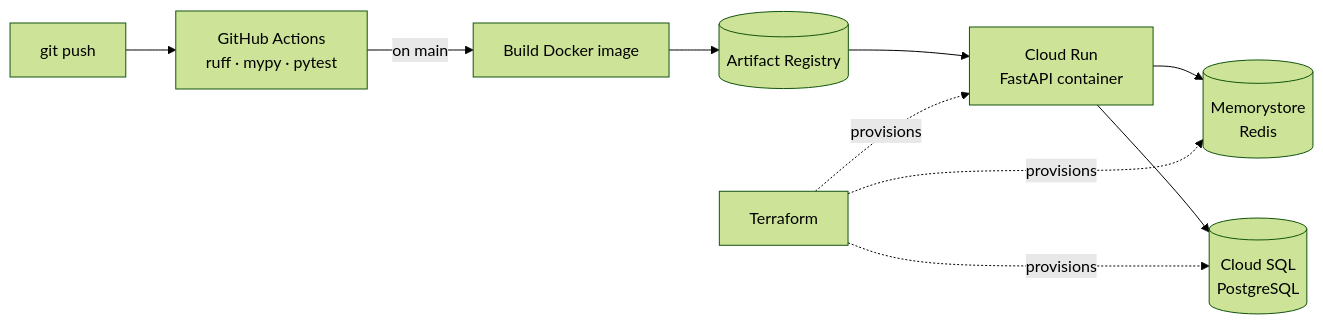
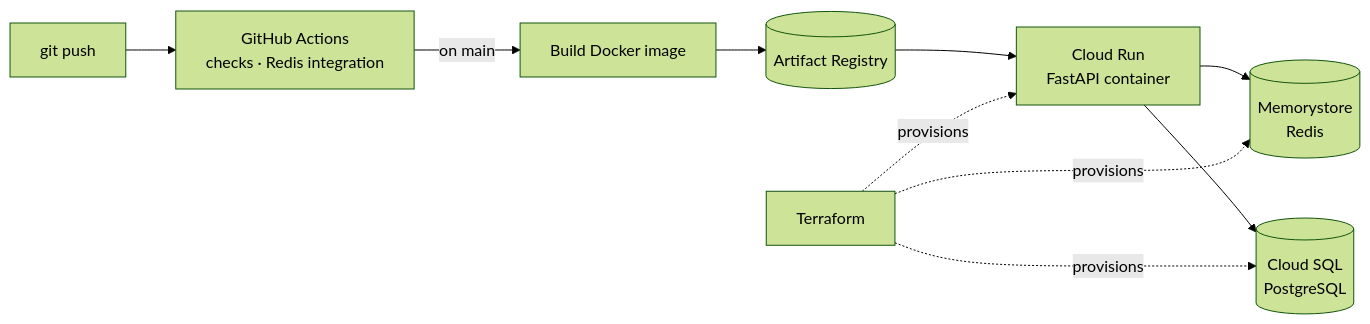
The fifth of 5 diagrams in ARCHITECTURE.md (loktiyur/weather_forecaster), drawn with Mermaid (forest theme) before and after one commit. The commit also changed other lines of this file and 27 other files, not shown here.

````diff
--- a/ARCHITECTURE.md
+++ b/ARCHITECTURE.md
@@ -378,10 +425,10 @@
 ```mermaid
 flowchart LR
-    dev[git push] --> gha[GitHub Actions<br/>ruff · mypy · pytest]
+    dev[git push] --> gha[GitHub Actions<br/>checks · Redis integration]
     gha -- on main --> img[Build Docker image]
     img --> reg[(Artifact Registry)]
     reg --> run[Cloud Run<br/>FastAPI container]
     run --> mem[(Memorystore<br/>Redis)]
     run --> sql[(Cloud SQL<br/>PostgreSQL)]
     tf[Terraform] -. provisions .-> run & mem & sql
 ```
````
